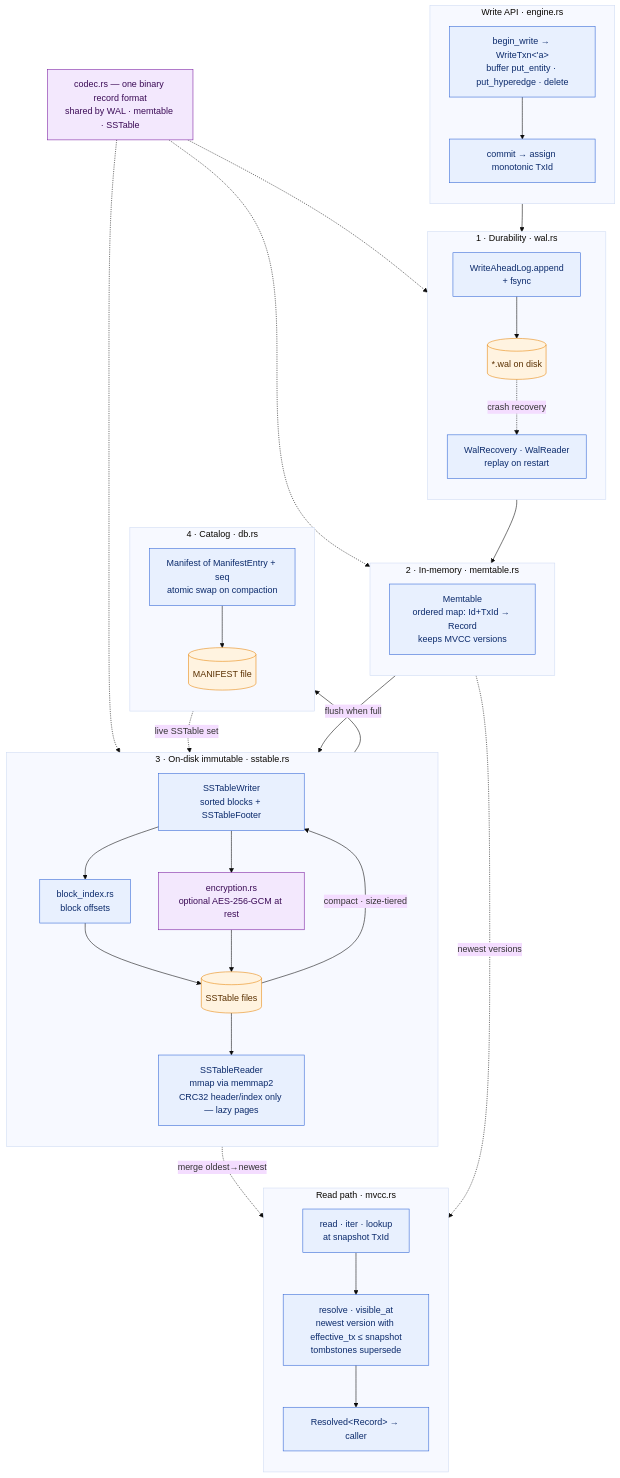
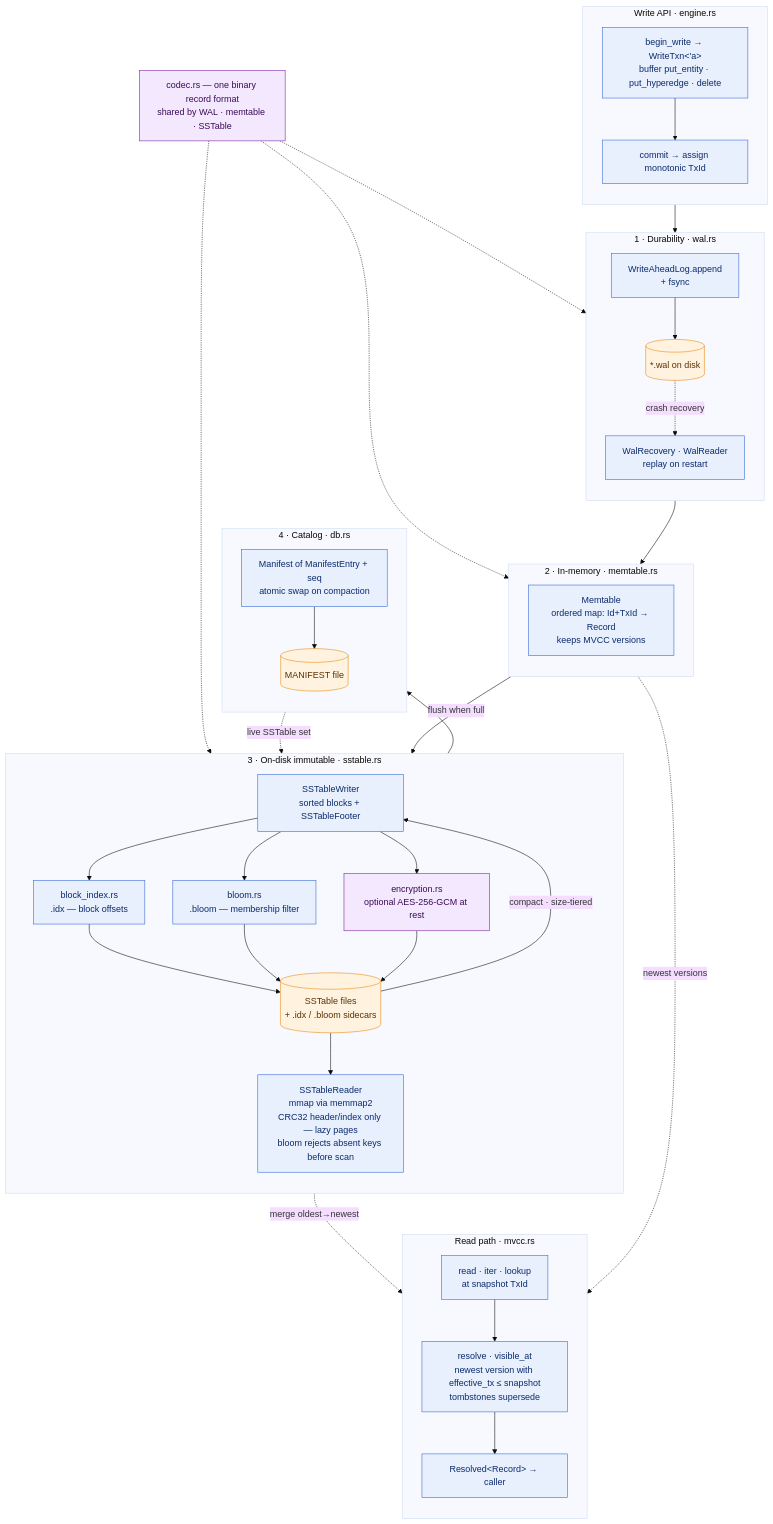
One commit to goldrag1/nDB changed the diagram in docs/architecture/engine-lsm.md. Above: the diagram before and after it, drawn with Mermaid (base theme). The commit also changed other lines of this file, not shown here.

Commit message:
docs(architecture): show bloom sidecar in the engine LSM diagram

````diff
--- a/docs/architecture/engine-lsm.md
+++ b/docs/architecture/engine-lsm.md
@@ -13,80 +13,82 @@
 ```mermaid
 flowchart TB
     %% ── Write entry ────────────────────────────────────────────
     subgraph API["Write API · engine.rs"]
         direction TB
         BW["begin_write → WriteTxn&lt;'a&gt;<br/>buffer put_entity · put_hyperedge · delete"]
         CM["commit → assign monotonic TxId"]
         BW --> CM
     end
 
     %% ── Durability ─────────────────────────────────────────────
     subgraph DUR["1 · Durability · wal.rs"]
         direction TB
         WAL["WriteAheadLog.append<br/>+ fsync"]
         WALF[("*.wal on disk")]
         WAL --> WALF
         REC["WalRecovery · WalReader<br/>replay on restart"]
         WALF -.->|crash recovery| REC
     end
 
     %% ── In-memory ──────────────────────────────────────────────
     subgraph MEM["2 · In-memory · memtable.rs"]
         direction TB
         MT["Memtable<br/>ordered map: Id+TxId → Record<br/>keeps MVCC versions"]
     end
 
     %% ── On-disk immutable ──────────────────────────────────────
     subgraph DISK["3 · On-disk immutable · sstable.rs"]
         direction TB
         SW["SSTableWriter<br/>sorted blocks + SSTableFooter"]
-        BIX["block_index.rs<br/>block offsets"]
+        BIX["block_index.rs<br/>.idx — block offsets"]
+        BLM["bloom.rs<br/>.bloom — membership filter"]
         ENC["encryption.rs<br/>optional AES-256-GCM at rest"]
-        SST[("SSTable files")]
-        SR["SSTableReader<br/>mmap via memmap2<br/>CRC32 header/index only — lazy pages"]
+        SST[("SSTable files<br/>+ .idx / .bloom sidecars")]
+        SR["SSTableReader<br/>mmap via memmap2<br/>CRC32 header/index only — lazy pages<br/>bloom rejects absent keys before scan"]
         SW --> BIX --> SST
+        SW --> BLM --> SST
         SW --> ENC --> SST
         SST --> SR
     end
 
     %% ── Catalog ────────────────────────────────────────────────
     subgraph CAT["4 · Catalog · db.rs"]
         direction TB
         MAN["Manifest of ManifestEntry + seq<br/>atomic swap on compaction"]
         MANF[("MANIFEST file")]
         MAN --> MANF
     end
 
     %% ── Read path ──────────────────────────────────────────────
     subgraph READ["Read path · mvcc.rs"]
         direction TB
         RD["read · iter · lookup<br/>at snapshot TxId"]
         MV["resolve · visible_at<br/>newest version with effective_tx ≤ snapshot<br/>tombstones supersede"]
         OUT["Resolved&lt;Record&gt; → caller"]
         RD --> MV --> OUT
     end
 
     %% ── Flows ──────────────────────────────────────────────────
     CM --> WAL
     WAL --> MT
     MT -->|flush when full| SW
     SST -->|compact · size-tiered| SW
     SST --> MAN
     MANF -.->|live SSTable set| SR
 
     MT -.->|newest versions| MV
     SR -.->|merge oldest→newest| MV
 
     %% ── Cross-cut ──────────────────────────────────────────────
     CODEC["codec.rs — one binary record format<br/>shared by WAL · memtable · SSTable"]
     CODEC -.-> WAL
     CODEC -.-> MT
     CODEC -.-> SW
 
     classDef store fill:#e8f0fe,stroke:#3367d6,color:#0b2a6b;
     classDef file fill:#fff3e0,stroke:#e8870c,color:#5a3000;
     classDef xcut fill:#f3e8fd,stroke:#7b1fa2,color:#3a0a55;
-    class BW,CM,WAL,REC,MT,SW,BIX,ENC,SR,MAN,RD,MV,OUT store;
+    class BW,CM,WAL,REC,MT,SW,BIX,BLM,ENC,SR,MAN,RD,MV,OUT store;
     class WALF,SST,MANF file;
     class CODEC,ENC xcut;
 ```
````
